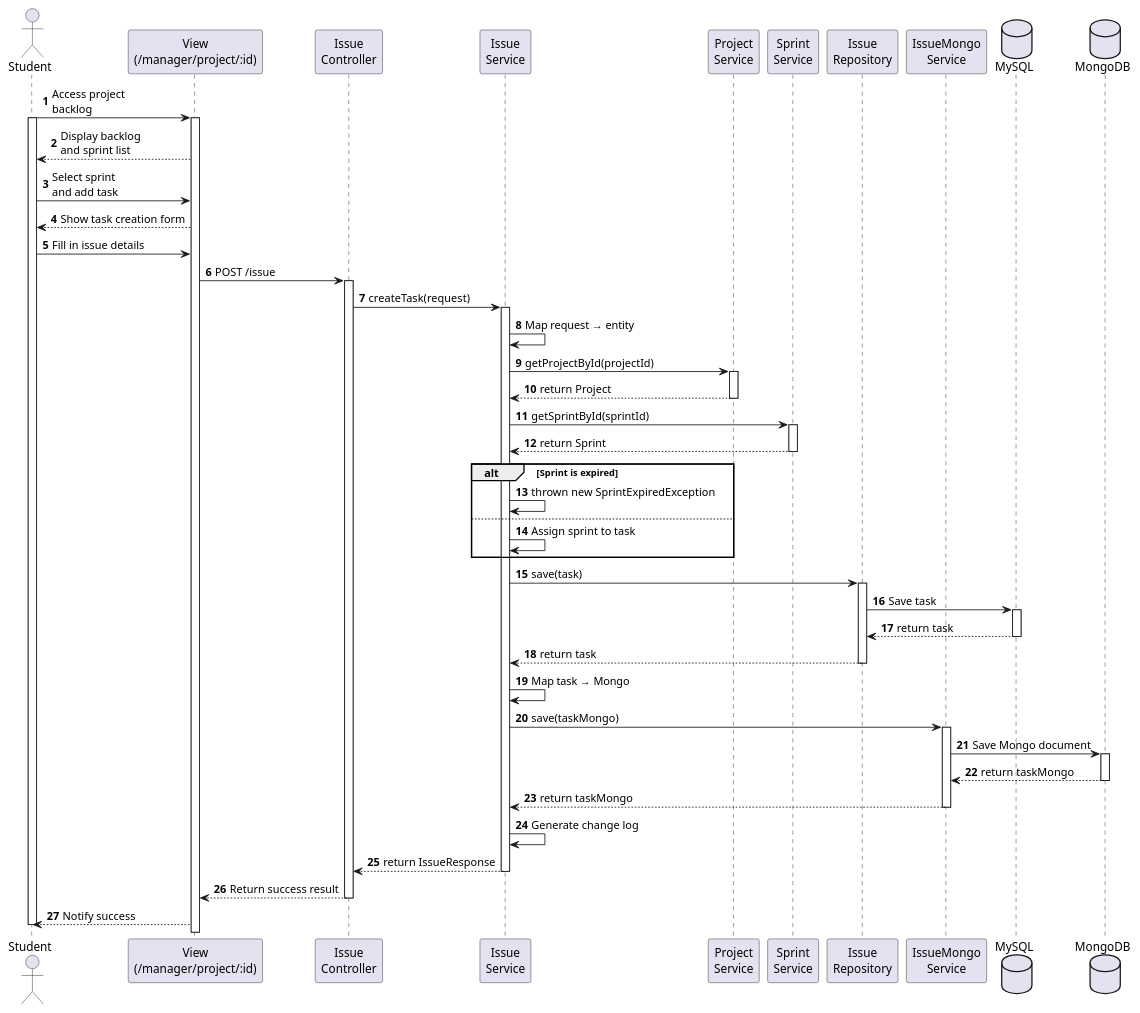
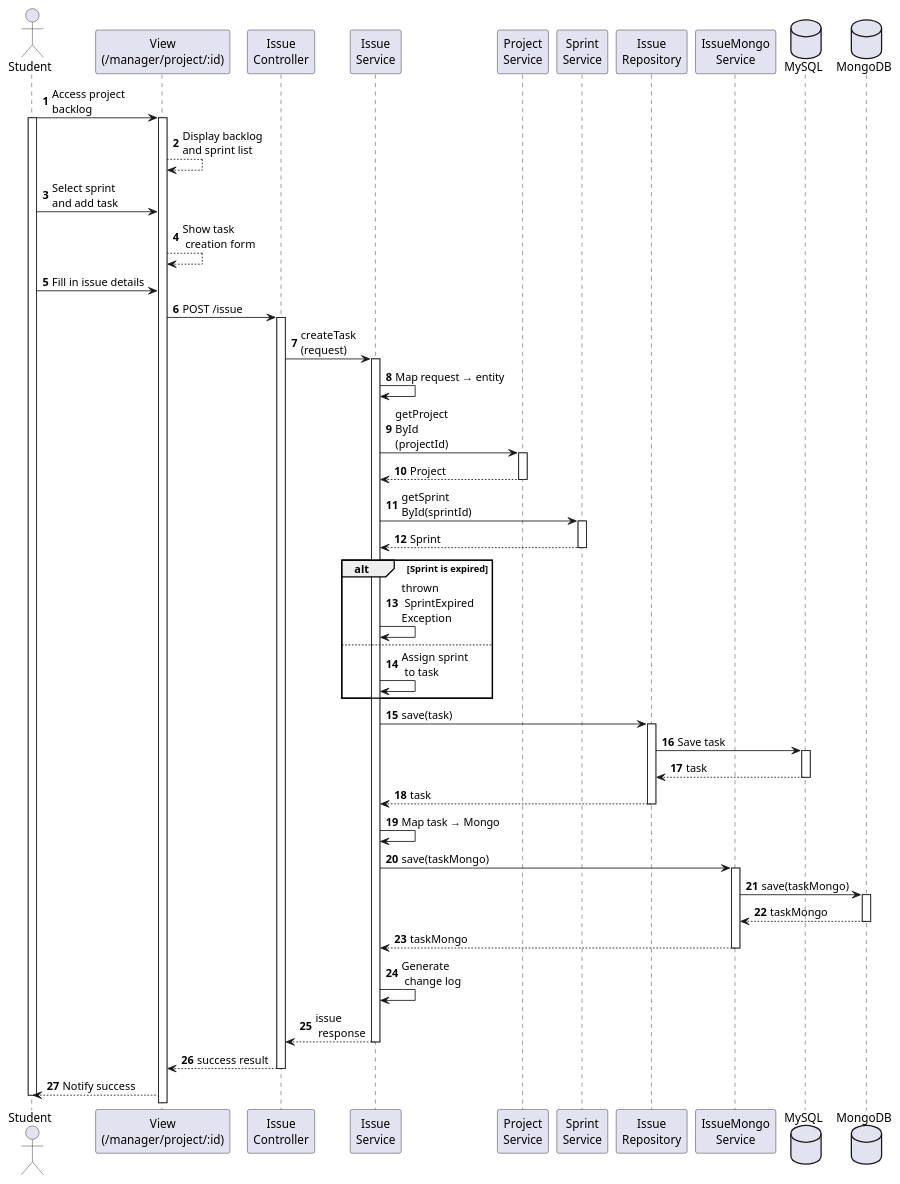
Before and after one commit to tandang2003/KLTN-Agile-Scrum-Tuan-Duc: the diagram in swagger/sequence/student/issue_create.puml, drawn with PlantUML. The commit also changed 29 other files, not shown here.

Commit message:
add sequence

```diff
--- a/swagger/sequence/student/issue_create.puml
+++ b/swagger/sequence/student/issue_create.puml
@@ -1,76 +1,76 @@
 @startuml
 autonumber
 actor "Student" as SV
 
 participant "View\n(/manager/project/:id)" as View
 participant "Issue\nController" as Controller
 participant "Issue\nService" as IssueService
 participant "Project\nService" as ProjectService
 participant "Sprint\nService" as SprintService
 participant "Issue\nRepository" as IssueRepository
 participant "IssueMongo\nService" as IssueMongoService
 database "MySQL" as DB
 database "MongoDB" as Mongo
 
 SV -> View : Access project\nbacklog
 activate SV
 activate View
-View --> SV : Display backlog\nand sprint list
+View --> View : Display backlog\nand sprint list
 SV -> View : Select sprint\nand add task
-View --> SV : Show task creation form
+View --> View : Show task \n creation form
 SV -> View : Fill in issue details
 
 View -> Controller : POST /issue
 activate Controller
 
-Controller -> IssueService : createTask(request)
+Controller -> IssueService : createTask\n(request)
 activate IssueService
 IssueService -> IssueService : Map request → entity
 
-IssueService -> ProjectService : getProjectById(projectId)
+IssueService -> ProjectService : getProject\nById\n(projectId)
 activate ProjectService
-ProjectService --> IssueService : return Project
+ProjectService --> IssueService :  Project
 deactivate ProjectService
 
-IssueService -> SprintService: getSprintById(sprintId)
+IssueService -> SprintService: getSprint\nById(sprintId)
 activate SprintService
-SprintService --> IssueService : return Sprint
+SprintService --> IssueService :  Sprint
 deactivate SprintService
 
 alt Sprint is expired
-    IssueService -> IssueService : thrown new SprintExpiredException
+    IssueService -> IssueService : thrown \n SprintExpired\nException
 else
-IssueService -> IssueService : Assign sprint to task
+IssueService -> IssueService : Assign sprint \n to task
 end
 
 IssueService -> IssueRepository : save(task)
 activate IssueRepository
 IssueRepository -> DB : Save task
 activate DB
-DB --> IssueRepository : return task
+DB --> IssueRepository :  task
 deactivate DB
-IssueRepository --> IssueService : return task
+IssueRepository --> IssueService :  task
 deactivate IssueRepository
 
 IssueService -> IssueService : Map task → Mongo
 IssueService -> IssueMongoService : save(taskMongo)
 activate "IssueMongoService"
-IssueMongoService -> Mongo : Save Mongo document
+IssueMongoService -> Mongo : save(taskMongo)
 activate Mongo
-Mongo --> IssueMongoService : return taskMongo
+Mongo --> IssueMongoService :  taskMongo
 deactivate Mongo
-IssueMongoService --> IssueService : return taskMongo
+IssueMongoService --> IssueService :  taskMongo
 deactivate "IssueMongoService"
 
-IssueService -> IssueService : Generate change log
+IssueService -> IssueService : Generate \n change log
 
-IssueService --> Controller : return IssueResponse
+IssueService --> Controller :  issue \n response
 deactivate IssueService
 
-Controller --> View : Return success result
+Controller --> View :  success result
 deactivate Controller
 
 View --> SV : Notify success
 deactivate SV
 
 @enduml
```
